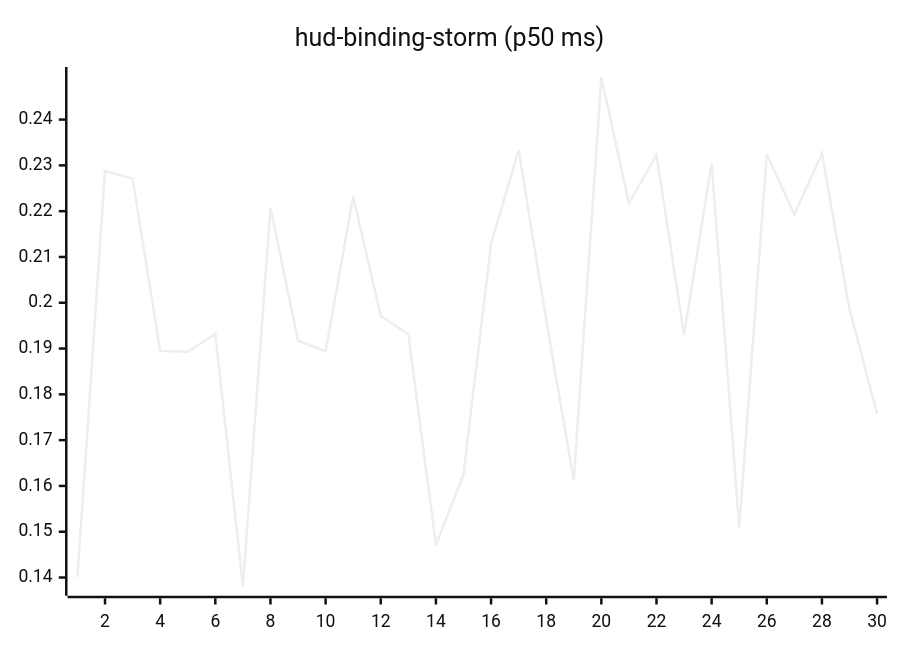
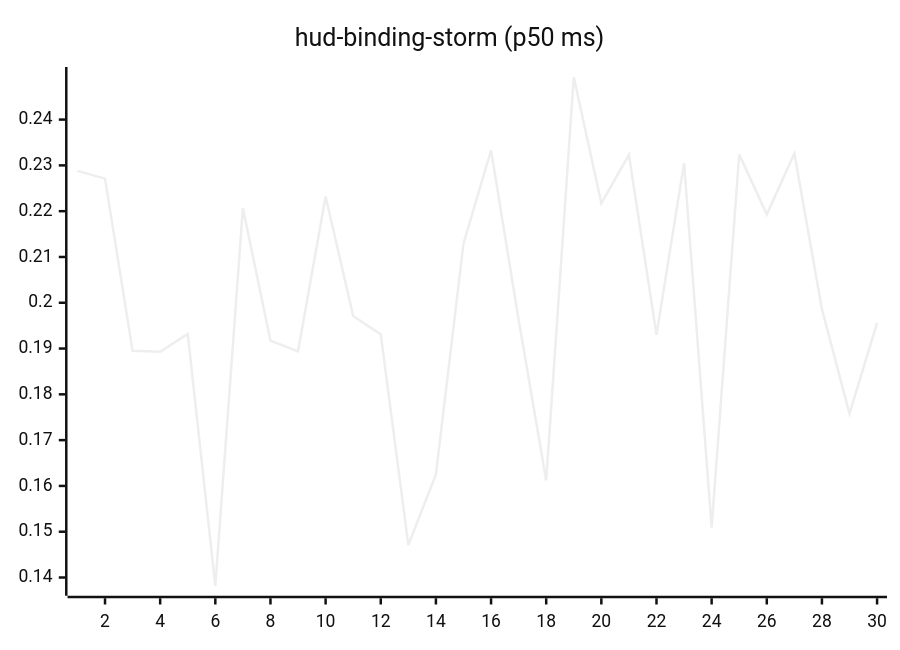
One commit to josha/Facet changed the tenth of 27 diagrams in README.md. Above: the diagram before and after it, drawn with Mermaid (neutral theme). The commit also changed other lines of this file and 2 other files, not shown here.

````diff
--- a/README.md
+++ b/README.md
@@ -126,6 +126,6 @@
 ```mermaid
 xychart-beta
     title "hud-binding-storm (p50 ms)"
     x-axis 1 --> 30
-    line [0.1401, 0.2288, 0.2271, 0.1895, 0.1893, 0.1932, 0.1382, 0.2207, 0.1917, 0.1894, 0.2232, 0.1971, 0.1931, 0.1471, 0.1625, 0.2129, 0.2333, 0.1963, 0.1612, 0.2493, 0.2217, 0.2323, 0.1930, 0.2305, 0.1509, 0.2324, 0.2193, 0.2326, 0.1986, 0.1758]
+    line [0.2288, 0.2271, 0.1895, 0.1893, 0.1932, 0.1382, 0.2207, 0.1917, 0.1894, 0.2232, 0.1971, 0.1931, 0.1471, 0.1625, 0.2129, 0.2333, 0.1963, 0.1612, 0.2493, 0.2217, 0.2323, 0.1930, 0.2305, 0.1509, 0.2324, 0.2193, 0.2326, 0.1986, 0.1758, 0.1956]
 ```
````
